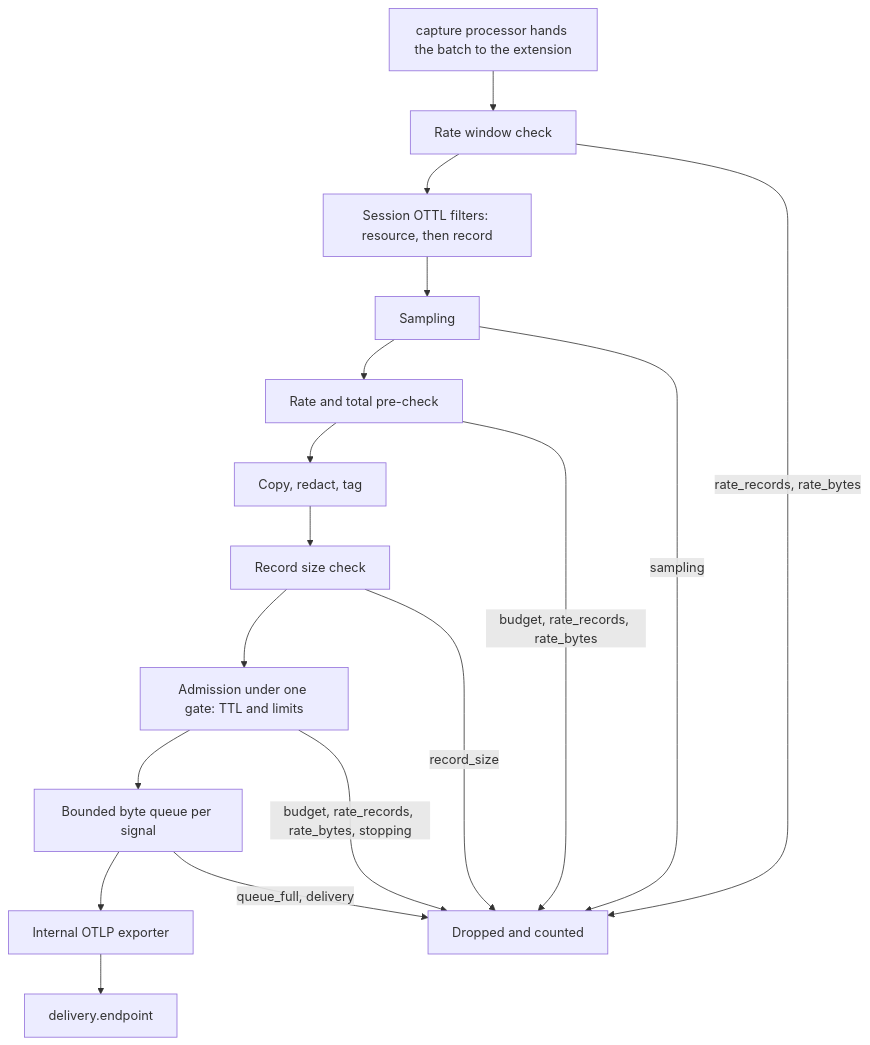
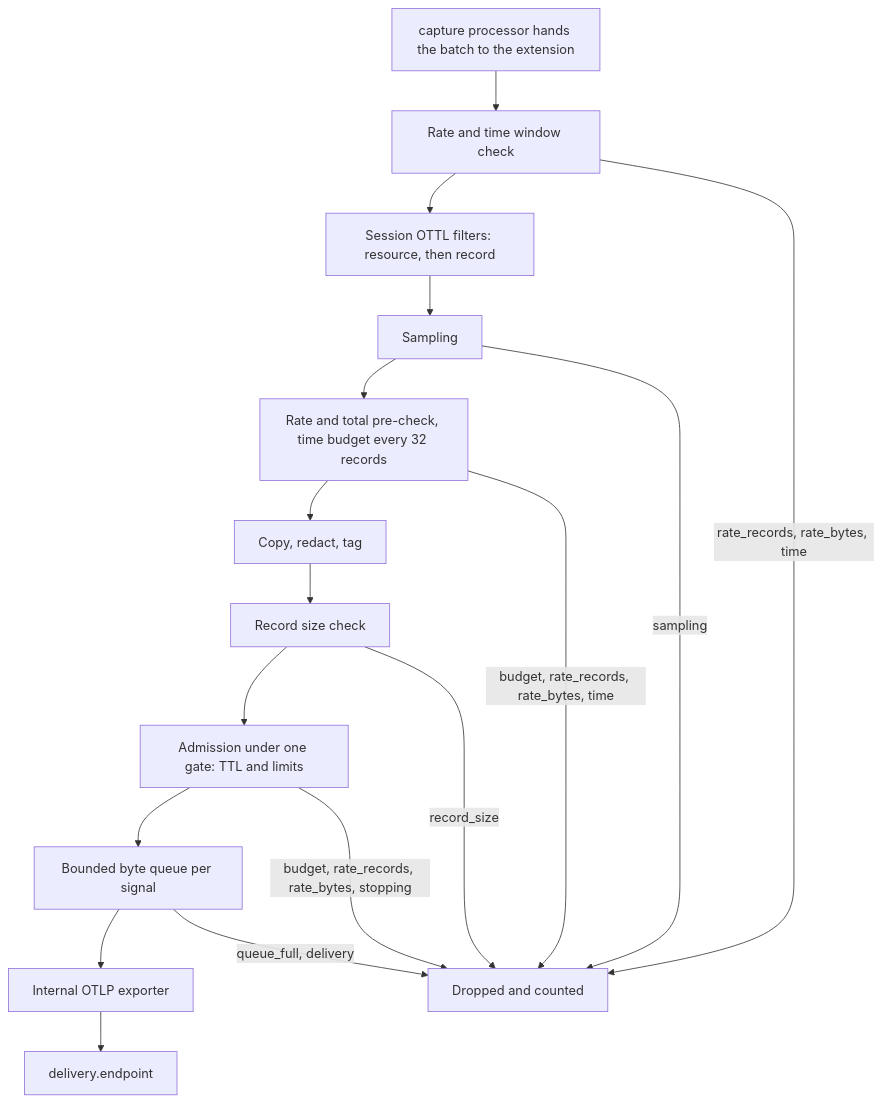
Before and after one commit to lineahq/linea: the diagram in docs/collector-components/configuration.md, drawn with Mermaid. The commit also changed other lines of this file and 6 other files, not shown here.

First line of the commit message:
feat(livecapture): limit a session's capture time to 20 ms per second

````diff
--- a/docs/collector-components/configuration.md
+++ b/docs/collector-components/configuration.md
@@ -162,19 +162,19 @@
 ```mermaid
 flowchart TD
-    P[capture processor hands the batch to the extension] --> W[Rate window check]
+    P[capture processor hands the batch to the extension] --> W[Rate and time window check]
     W --> F[Session OTTL filters: resource, then record]
     F --> S[Sampling]
-    S --> L[Rate and total pre-check]
+    S --> L[Rate and total pre-check, time budget every 32 records]
     L --> C[Copy, redact, tag]
     C --> Z[Record size check]
     Z --> G[Admission under one gate: TTL and limits]
     G --> Q[Bounded byte queue per signal]
     Q --> X[Internal OTLP exporter]
     X --> D[delivery.endpoint]
-    W -- rate_records, rate_bytes --> DROP[Dropped and counted]
+    W -- rate_records, rate_bytes, time --> DROP[Dropped and counted]
     S -- sampling --> DROP
-    L -- budget, rate_records, rate_bytes --> DROP
+    L -- budget, rate_records, rate_bytes, time --> DROP
     Z -- record_size --> DROP
     G -- budget, rate_records, rate_bytes, stopping --> DROP
     Q -- queue_full, delivery --> DROP
 ```
````
